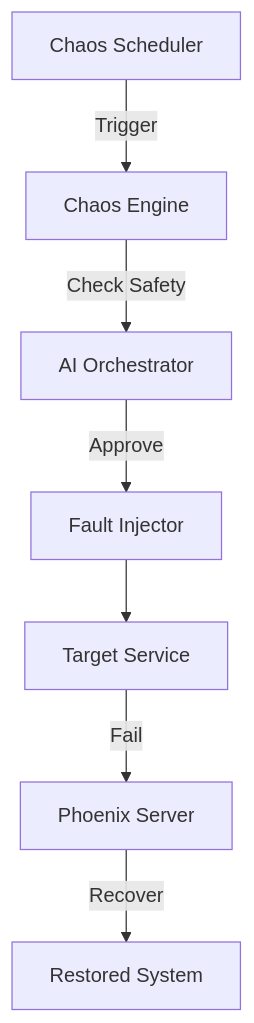
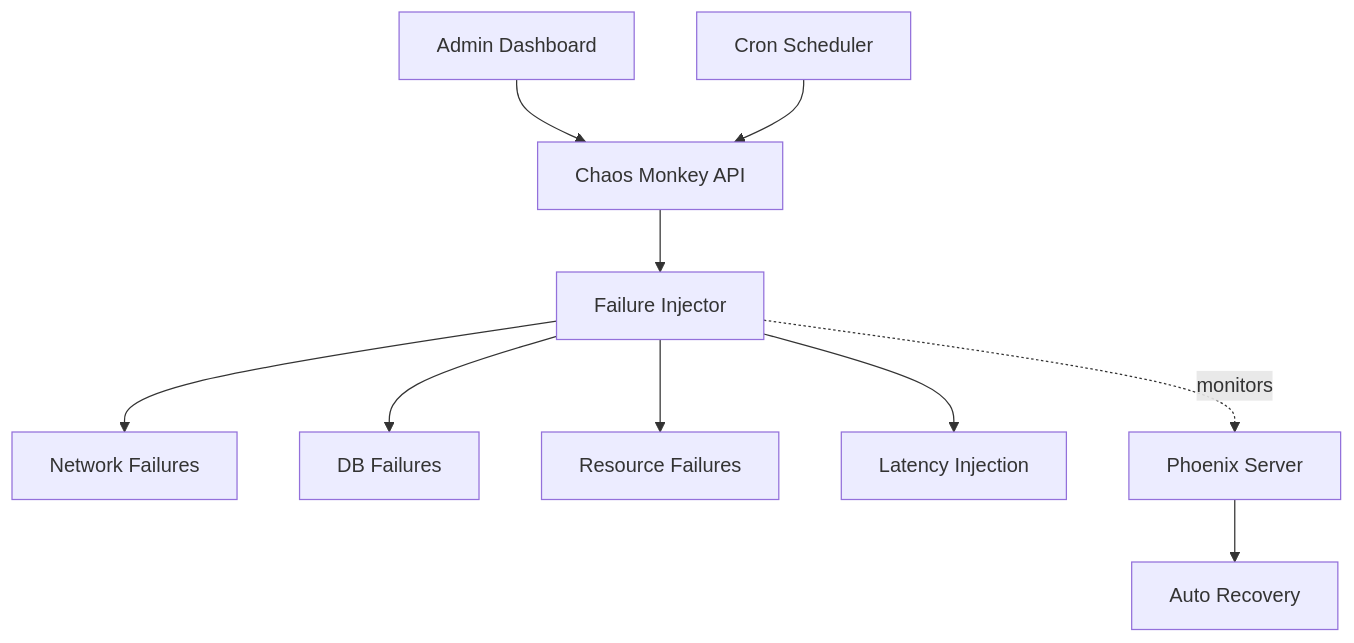
The diagram in services/chaos-monkey/README.md (Azora-OS/azora), drawn with Mermaid before and after one commit. The commit also changed other lines of this file and 6 other files, not shown here.

````diff
--- a/services/chaos-monkey/README.md
+++ b/services/chaos-monkey/README.md
@@ -21,9 +24,12 @@
 ```mermaid
-graph TD
-    Scheduler[Chaos Scheduler] -->|Trigger| Engine[Chaos Engine]
-    Engine -->|Check Safety| AI[AI Orchestrator]
-    AI -->|Approve| Injector[Fault Injector]
-    Injector --> Target[Target Service]
-    Target -->|Fail| Phoenix[Phoenix Server]
-    Phoenix -->|Recover| System[Restored System]
+graph TB
+    Admin[Admin Dashboard] --> API[Chaos Monkey API]
+    Scheduler[Cron Scheduler] --> API
+    API --> Injector[Failure Injector]
+    Injector --> Network[Network Failures]
+    Injector --> Database[DB Failures]
+    Injector --> Resource[Resource Failures]
+    Injector --> Latency[Latency Injection]
+    Monitor[Phoenix Server] --> Recovery[Auto Recovery]
+    Injector -.monitors.-> Monitor
 ```
````
